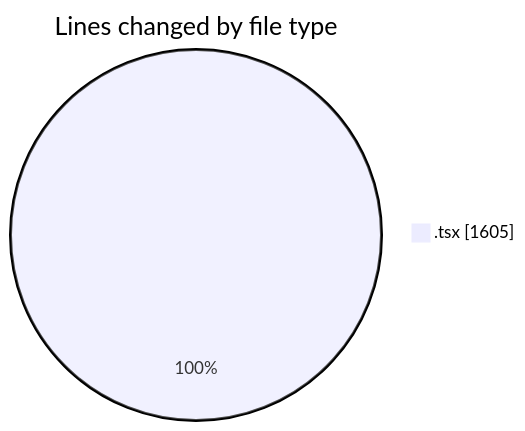
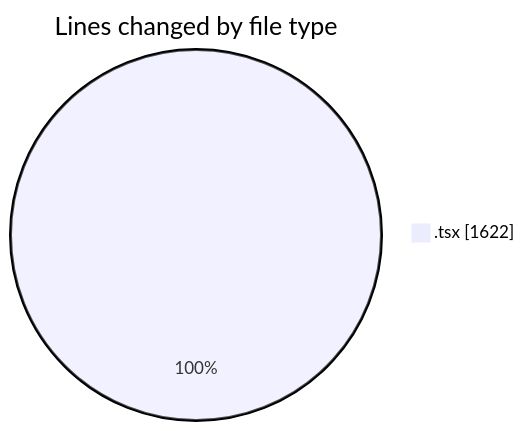
One commit to momahboobian/code-tracking changed the first of 2 diagrams in 2025-09-24/cda/README.md. Above: the diagram before and after it, drawn with Mermaid. The commit also changed other lines of this file and 1 other file, not shown here.

````diff
--- a/2025-09-24/cda/README.md
+++ b/2025-09-24/cda/README.md
@@ -22,5 +22,5 @@
 ```mermaid
 pie showData
 title Lines changed by file type
-".tsx" : 1605
+".tsx" : 1622
 ```
````
